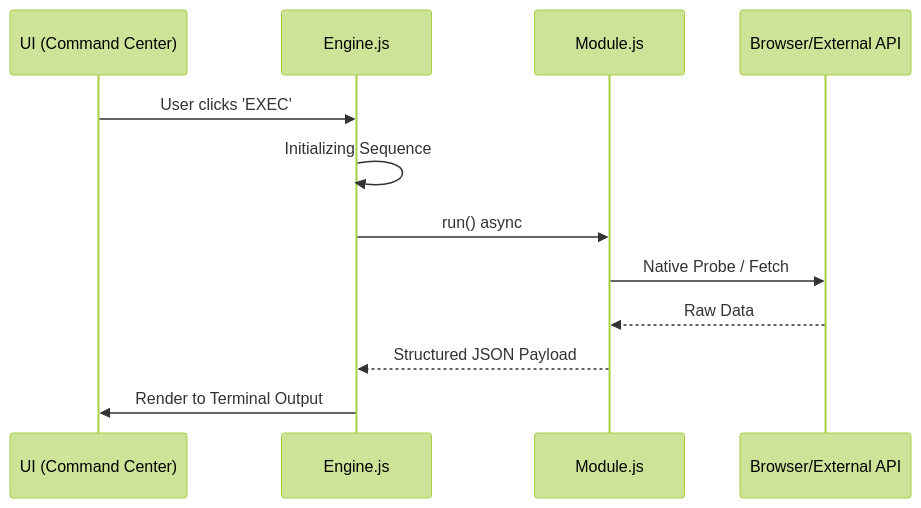
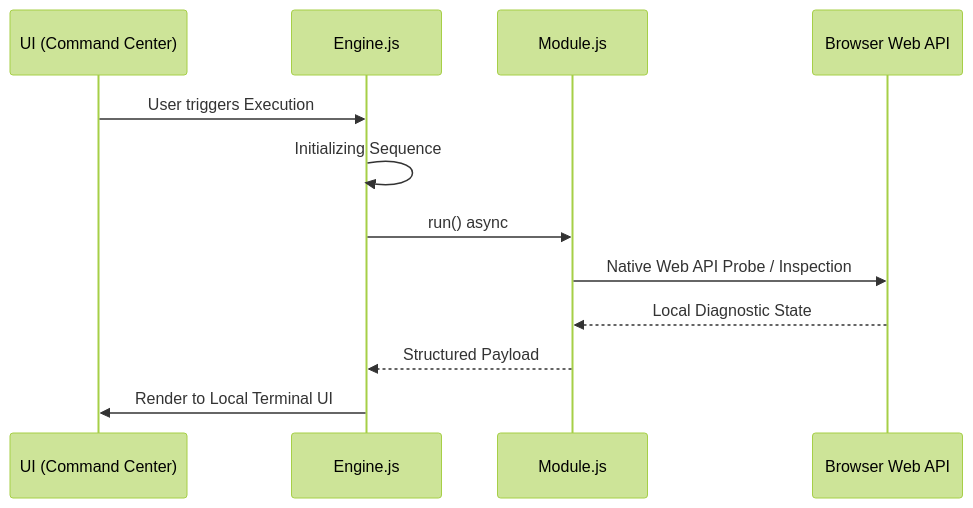
The second of 2 diagrams in README.md (AhmadHassan-BTed/DeAnonymizer), drawn with Mermaid (forest theme) before and after one commit. The commit also changed other lines of this file and 27 other files, not shown here.

````diff
--- a/README.md
+++ b/README.md
@@ -115,15 +123,15 @@
 ```mermaid
 sequenceDiagram
     participant U as UI (Command Center)
     participant E as Engine.js
     participant M as Module.js
-    participant API as Browser/External API
+    participant API as Browser Web API
 
-    U->>E: User clicks 'EXEC'
+    U->>E: User triggers Execution
     E->>E: Initializing Sequence
     E->>M: run() async
-    M->>API: Native Probe / Fetch
-    API-->>M: Raw Data
-    M-->>E: Structured JSON Payload
-    E->>U: Render to Terminal Output
+    M->>API: Native Web API Probe / Inspection
+    API-->>M: Local Diagnostic State
+    M-->>E: Structured Payload
+    E->>U: Render to Local Terminal UI
 ```
````
